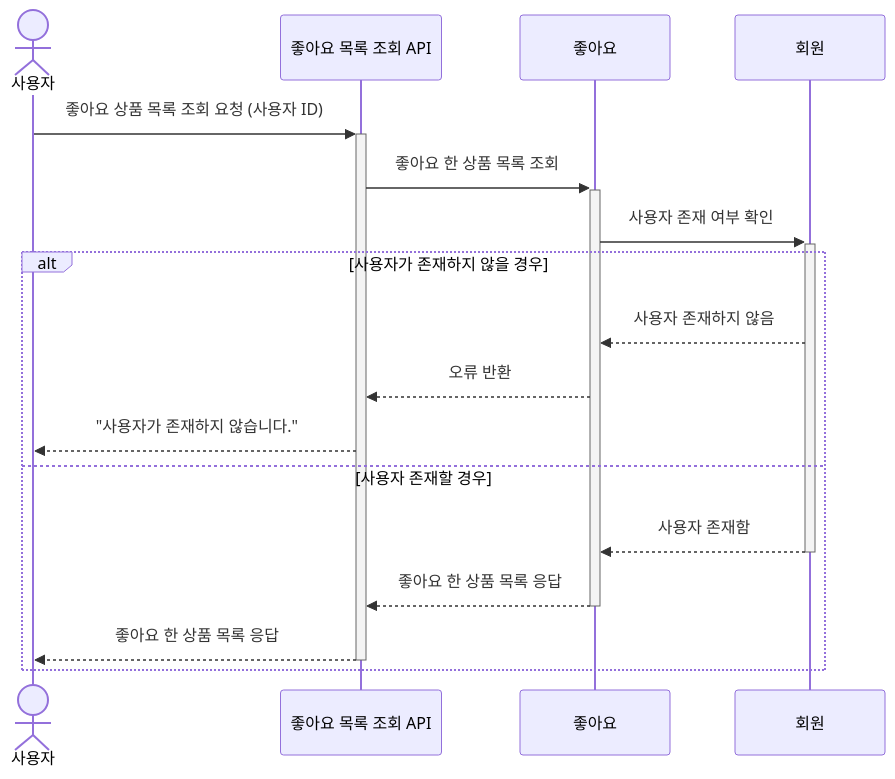
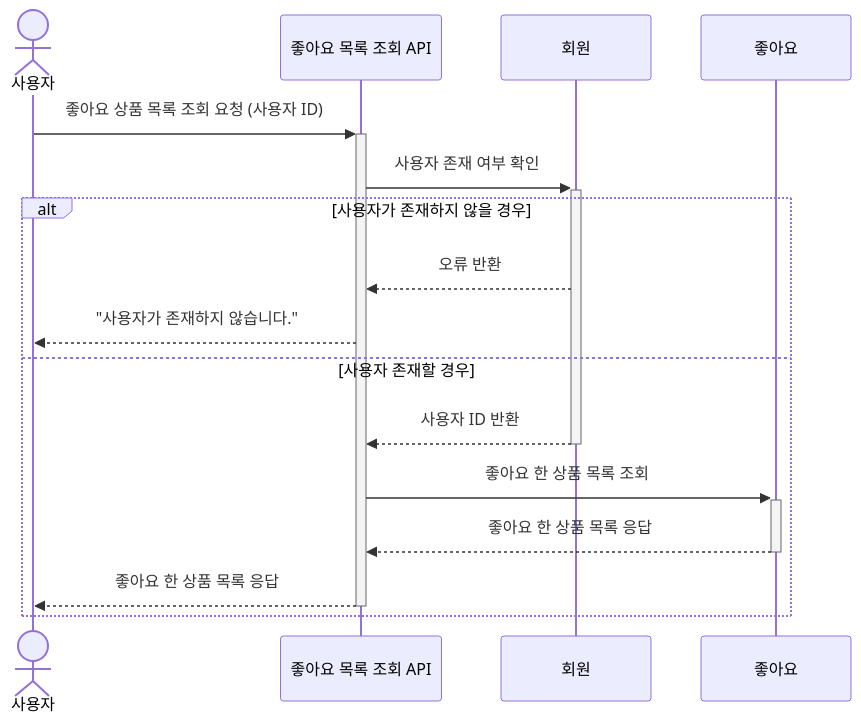
Before and after one commit to kodonghee/loopers-e-commerce: the fifth of 8 diagrams in docs/design/02-sequence-diagrams.md, drawn with Mermaid. The commit also changed other lines of this file, not shown here.

Commit message:
fix: 시퀀스 다이어그램 - 구조 변경

````diff
--- a/docs/design/02-sequence-diagrams.md
+++ b/docs/design/02-sequence-diagrams.md
@@ -139,22 +100,20 @@
 ```mermaid
 sequenceDiagram
 actor 사용자
 participant 좋아요 목록 조회 API
+participant 회원
 participant 좋아요
-participant 회원
 
     사용자->>+좋아요 목록 조회 API: 좋아요 상품 목록 조회 요청 (사용자 ID)
 
-    좋아요 목록 조회 API->>+좋아요: 좋아요 한 상품 목록 조회
-    좋아요->>+회원: 사용자 존재 여부 확인
-
+    좋아요 목록 조회 API->>+회원: 사용자 존재 여부 확인
     alt 사용자가 존재하지 않을 경우
-        회원-->>좋아요: 사용자 존재하지 않음
-        좋아요-->>좋아요 목록 조회 API: 오류 반환
+        회원-->>좋아요 목록 조회 API: 오류 반환
         좋아요 목록 조회 API-->>사용자: "사용자가 존재하지 않습니다."
     else 사용자 존재할 경우
-        회원-->>-좋아요: 사용자 존재함
+        회원-->>-좋아요 목록 조회 API: 사용자 ID 반환
+        좋아요 목록 조회 API->>+좋아요: 좋아요 한 상품 목록 조회
         좋아요-->>-좋아요 목록 조회 API: 좋아요 한 상품 목록 응답
         좋아요 목록 조회 API-->>-사용자: 좋아요 한 상품 목록 응답
     end
 ```
````
